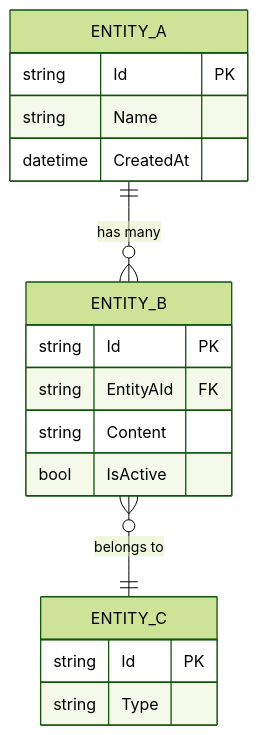
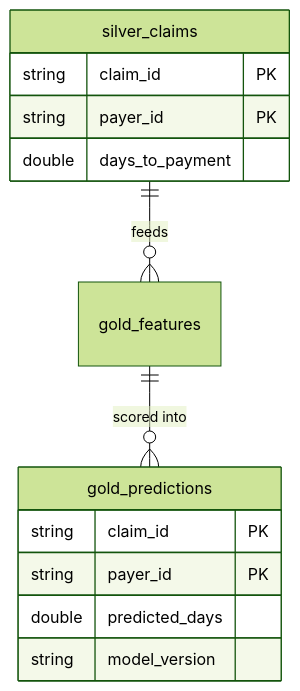
One commit to cachatj/antigravity-deepwiki changed the sixth of 8 diagrams in src/OpenDeepWiki/prompts/content-generator.md. Above: the diagram before and after it, drawn with Mermaid (forest theme). The commit also changed other lines of this file and 16 other files, not shown here.

First line of the commit message:
Add incremental updater and mind map generator prompts

````diff
--- a/src/OpenDeepWiki/prompts/content-generator.md
+++ b/src/OpenDeepWiki/prompts/content-generator.md
@@ -692,20 +749,16 @@
 ```mermaid
 erDiagram
-    ENTITY_A ||--o{ ENTITY_B : "has many"
-    ENTITY_A {
-        string Id PK
-        string Name
-        datetime CreatedAt
+    silver_claims ||--o{ gold_features : "feeds"
+    gold_features ||--o{ gold_predictions : "scored into"
+    silver_claims {
+        string claim_id PK
+        string payer_id PK
+        double days_to_payment
     }
-    ENTITY_B {
-        string Id PK
-        string EntityAId FK
-        string Content
-        bool IsActive
-    }
-    ENTITY_B }o--|| ENTITY_C : "belongs to"
-    ENTITY_C {
-        string Id PK
-        string Type
+    gold_predictions {
+        string claim_id PK
+        string payer_id PK
+        double predicted_days
+        string model_version
     }
 ```
````
